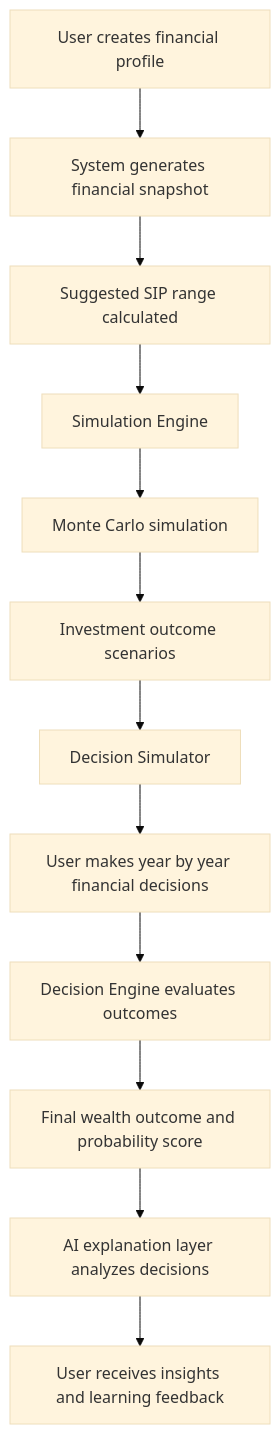
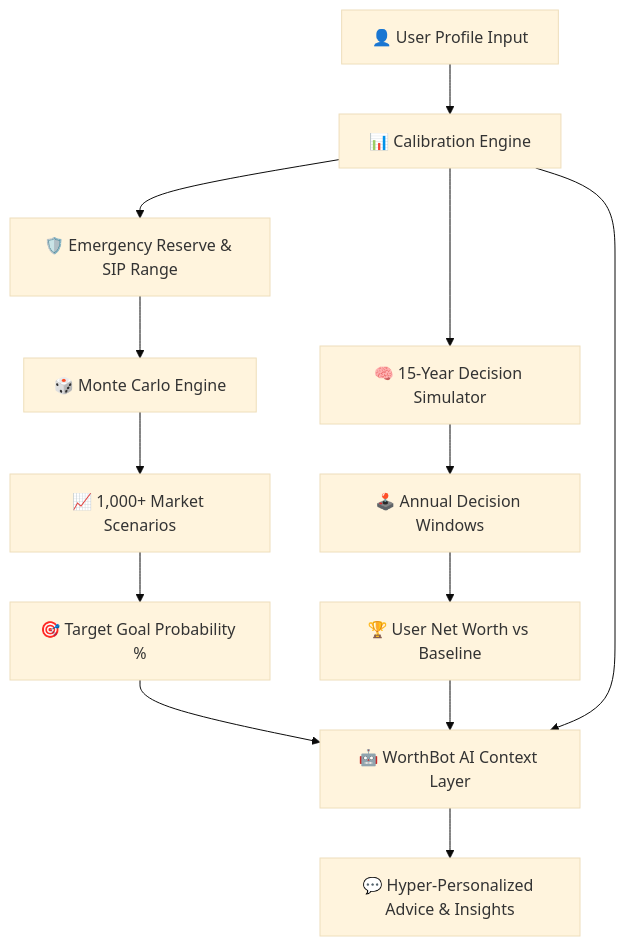
One commit to hardeeparekh/Capstone-project changed the diagram in README.md. Above: the diagram before and after it, drawn with Mermaid (base theme). The commit also changed other lines of this file, not shown here.

Commit message:
Upgrade README.md with badges, architecture flow, tech stack, and setup guides

````diff
--- a/README.md
+++ b/README.md
@@ -55,20 +29,15 @@
 ```mermaid
 flowchart TD
-
-A[User creates financial profile] --> B[System generates financial snapshot]
-B --> C[Suggested SIP range calculated]
-
-C --> D[Simulation Engine]
-
-D --> E[Monte Carlo simulation]
-E --> F[Investment outcome scenarios]
-
-F --> G[Decision Simulator]
-G --> H[User makes year by year financial decisions]
-
-H --> I[Decision Engine evaluates outcomes]
-I --> J[Final wealth outcome and probability score]
-
-J --> K[AI explanation layer analyzes decisions]
-K --> L[User receives insights and learning feedback]
+    A[👤 User Profile Input] --> B[📊 Calibration Engine]
+    B --> C[🛡️ Emergency Reserve & SIP Range]
+    C --> D[🎲 Monte Carlo Engine]
+    D --> E[📈 1,000+ Market Scenarios]
+    E --> F[🎯 Target Goal Probability %]
+    
+    B --> G[🧠 15-Year Decision Simulator]
+    G --> H[🕹️ Annual Decision Windows]
+    H --> I[🏆 User Net Worth vs Baseline]
+    
+    F & I & B --> J[🤖 WorthBot AI Context Layer]
+    J --> K[💬 Hyper-Personalized Advice & Insights]
 ```
````
